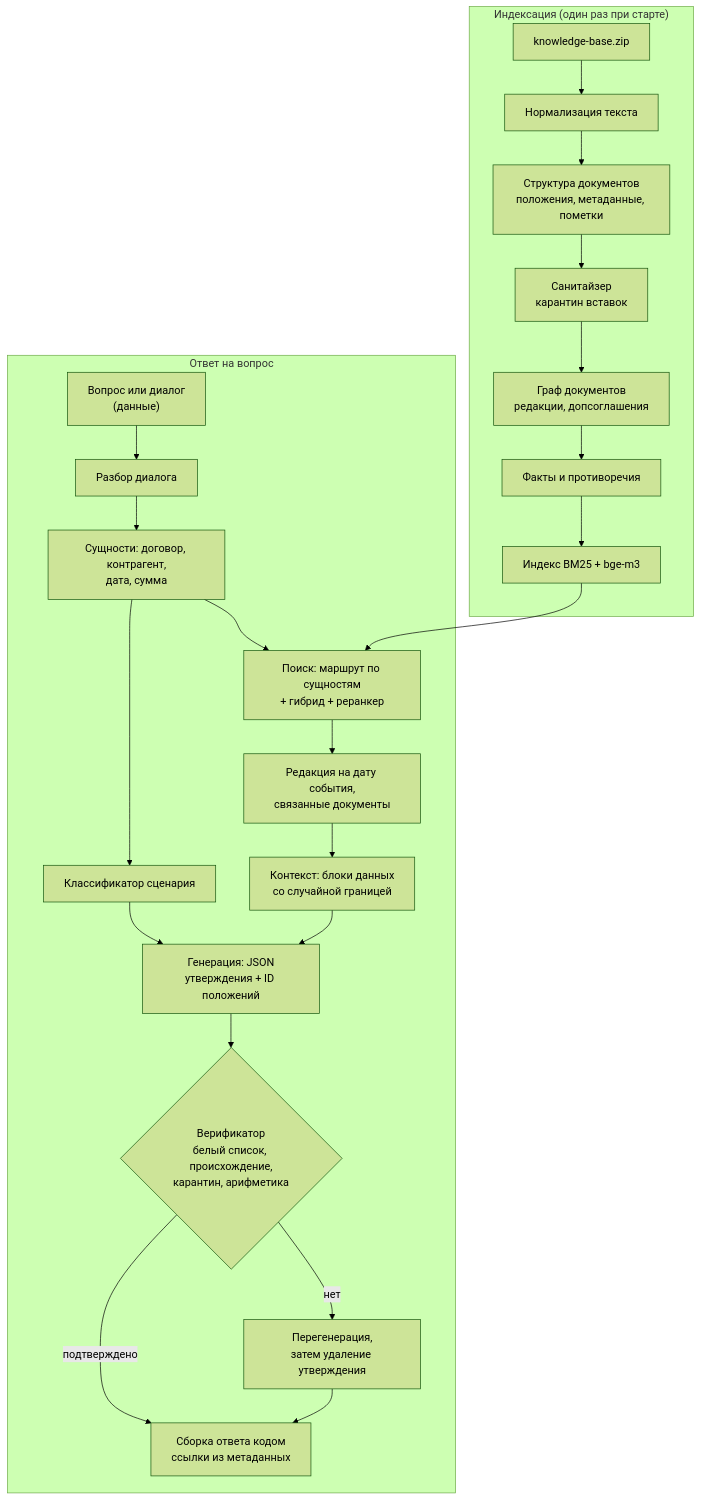
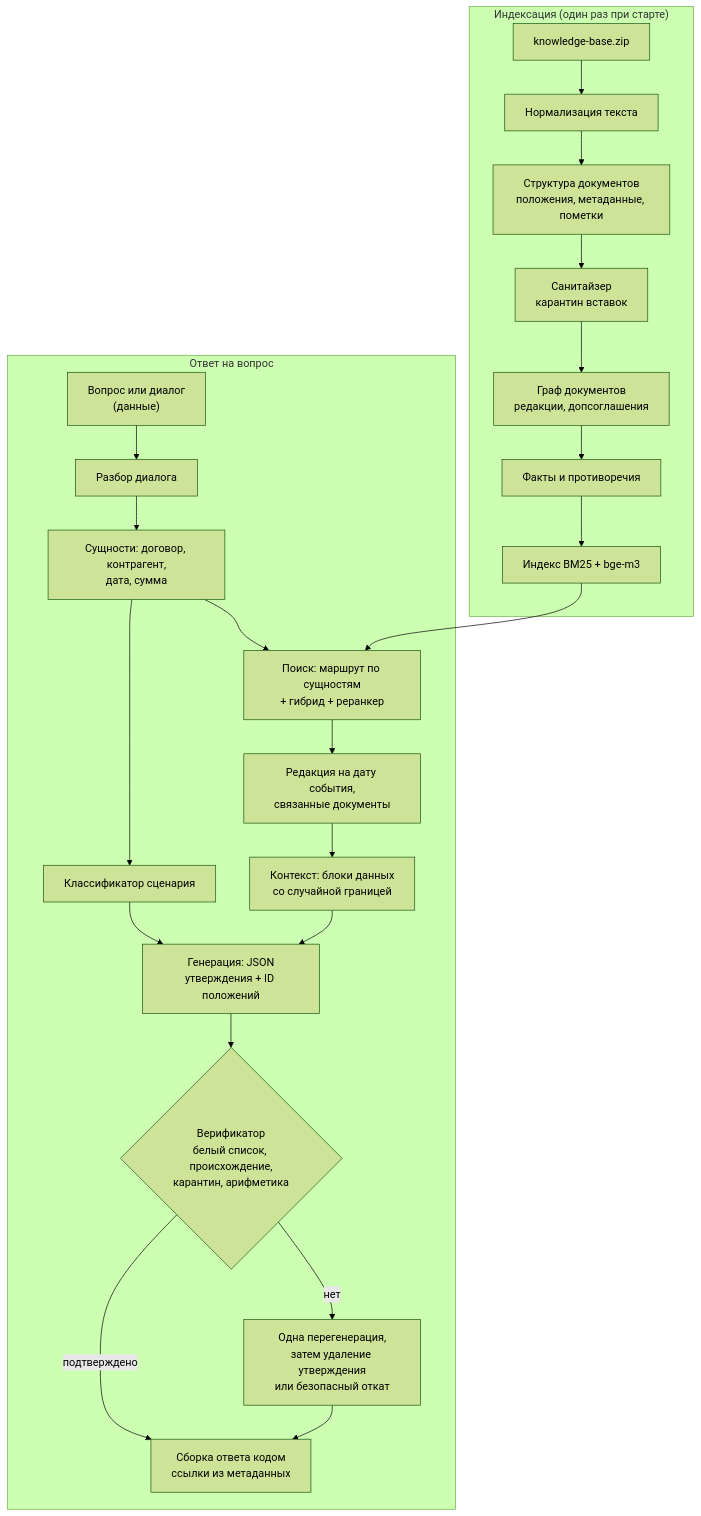
Before and after one commit to psb-hack/psb-legal-assistant: the first of 2 diagrams in docs/04-architecture.md, drawn with Mermaid (forest theme). The commit also changed other lines of this file and 14 other files, not shown here.

````diff
--- a/docs/04-architecture.md
+++ b/docs/04-architecture.md
@@ -15,26 +15,26 @@
 ```mermaid
 flowchart TD
   subgraph Index["Индексация (один раз при старте)"]
     KB["knowledge-base.zip"] --> N["Нормализация текста"]
     N --> S["Структура документов<br/>положения, метаданные, пометки"]
     S --> SAN["Санитайзер<br/>карантин вставок"]
     SAN --> G["Граф документов<br/>редакции, допсоглашения"]
     G --> FX["Факты и противоречия"]
     FX --> IDX["Индекс BM25 + bge-m3"]
   end
   subgraph Ask["Ответ на вопрос"]
     Q["Вопрос или диалог<br/>(данные)"] --> D["Разбор диалога"]
     D --> E["Сущности: договор, контрагент,<br/>дата, сумма"]
     E --> C["Классификатор сценария"]
     E --> R["Поиск: маршрут по сущностям<br/>+ гибрид + реранкер"]
     R --> V["Редакция на дату события,<br/>связанные документы"]
     V --> X["Контекст: блоки данных<br/>со случайной границей"]
     C --> GEN["Генерация: JSON<br/>утверждения + ID положений"]
     X --> GEN
     GEN --> VF{"Верификатор<br/>белый список, происхождение,<br/>карантин, арифметика"}
     VF -->|"подтверждено"| RENDER["Сборка ответа кодом<br/>ссылки из метаданных"]
-    VF -->|"нет"| RG["Перегенерация,<br/>затем удаление утверждения"]
+    VF -->|"нет"| RG["Одна перегенерация,<br/>затем удаление утверждения<br/>или безопасный откат"]
     RG --> RENDER
   end
   IDX --> R
 ```
````
